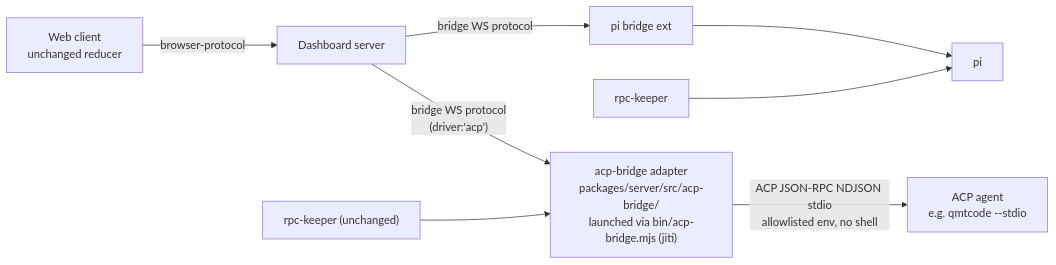
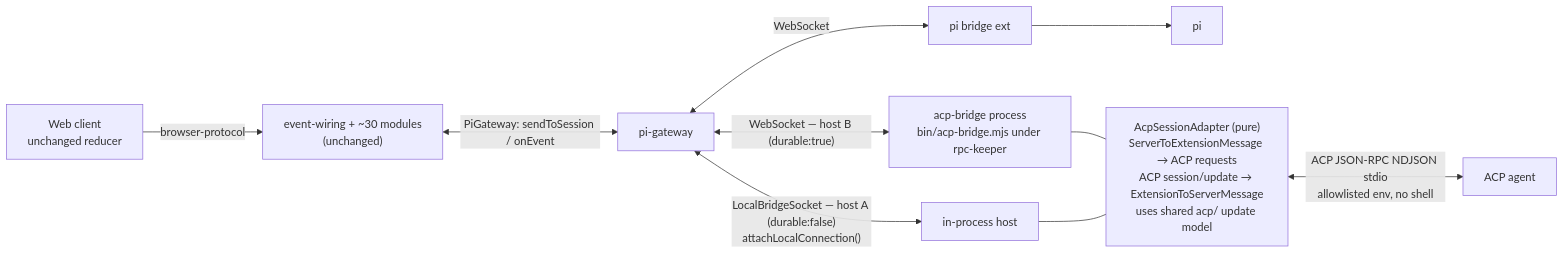
Before and after one commit to BlackBeltTechnology/pi-agent-dashboard: the first of 2 diagrams in openspec/changes/add-acp-session-driver/design.md, drawn with Mermaid. The commit also changed other lines of this file and 4 other files, not shown here.

First line of the commit message:
plan(add-acp-session-driver): transport-agnostic ACP core with in-process and durable hosts

````diff
--- a/openspec/changes/add-acp-session-driver/design.md
+++ b/openspec/changes/add-acp-session-driver/design.md
@@ -28,9 +30,11 @@
 ```mermaid
 flowchart LR
-  C[Web client<br/>unchanged reducer] -- browser-protocol --> S[Dashboard server]
-  S -- "bridge WS protocol" --> B1[pi bridge ext] --> P[pi]
-  S -- "bridge WS protocol<br/>(driver:'acp')" --> AB["acp-bridge adapter<br/>packages/server/src/acp-bridge/<br/>launched via bin/acp-bridge.mjs (jiti)"]
-  K1[rpc-keeper] --> P
-  K2["rpc-keeper (unchanged)"] --> AB
-  AB -- "ACP JSON-RPC NDJSON stdio<br/>allowlisted env, no shell" --> A["ACP agent<br/>e.g. qmtcode --stdio"]
+  C[Web client<br/>unchanged reducer] -- browser-protocol --> S["event-wiring + ~30 modules<br/>(unchanged)"]
+  S <-->|"PiGateway: sendToSession / onEvent"| GW[pi-gateway]
+  GW <-->|WebSocket| B1[pi bridge ext] --> P[pi]
+  GW <-->|"WebSocket — host B (durable:true)"| HB["acp-bridge process<br/>bin/acp-bridge.mjs under rpc-keeper"]
+  GW <-->|"LocalBridgeSocket — host A (durable:false)<br/>attachLocalConnection()"| HA["in-process host"]
+  HB --- CORE
+  HA --- CORE
+  CORE["AcpSessionAdapter (pure)<br/>ServerToExtensionMessage → ACP requests<br/>ACP session/update → ExtensionToServerMessage<br/>uses shared acp/ update model"] <-->|"ACP JSON-RPC NDJSON stdio<br/>allowlisted env, no shell"| A["ACP agent"]
 ```
````
